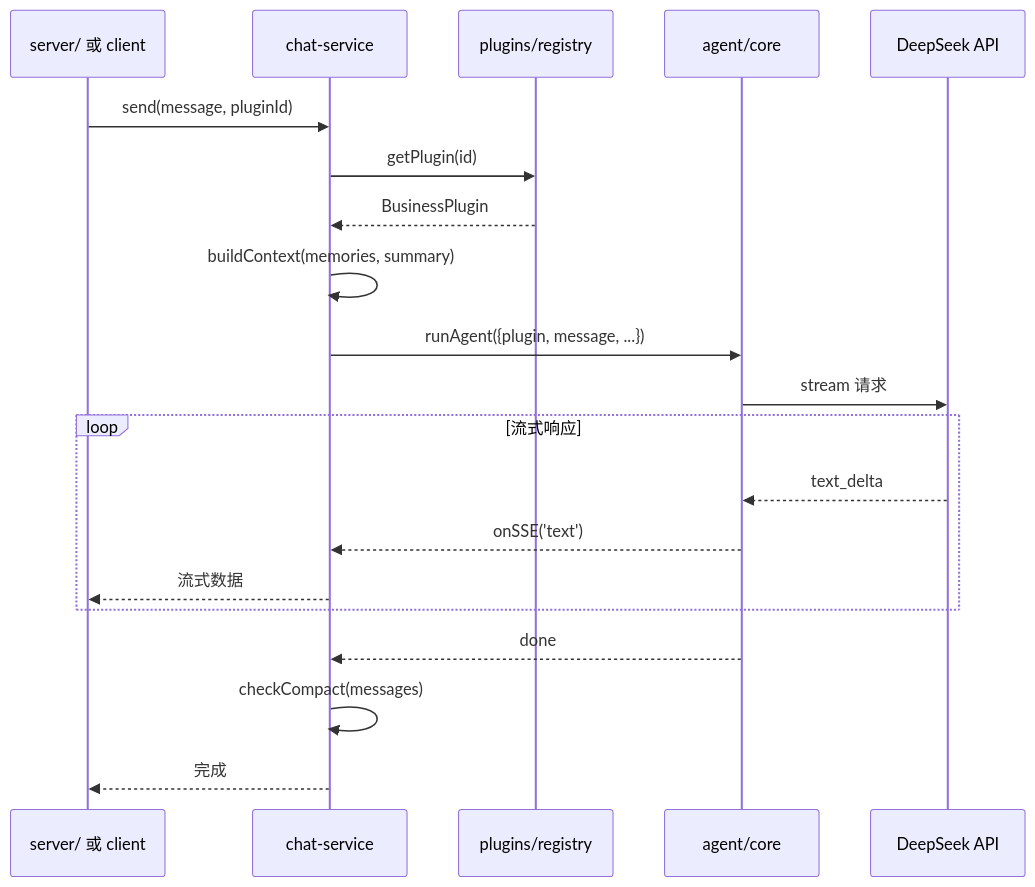
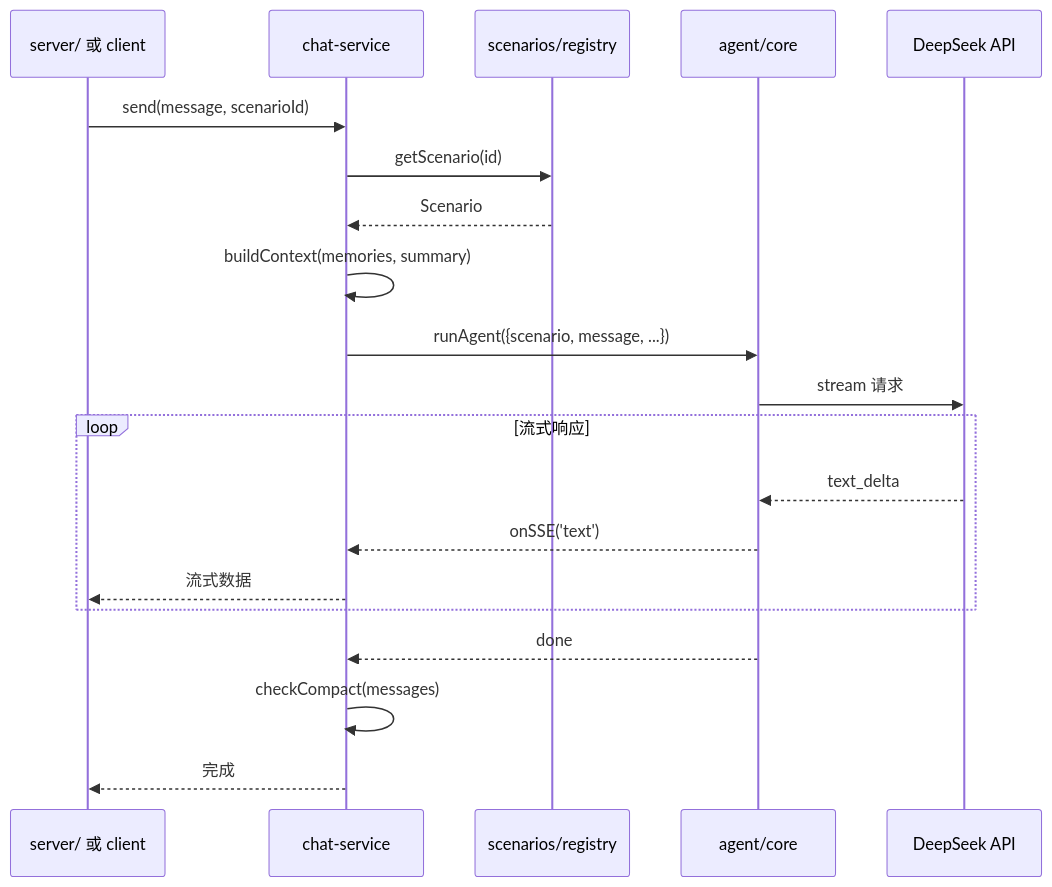
The third of 3 diagrams in src/services/CLAUDE.md (yjzaaa/leave-approval-agent), drawn with Mermaid before and after one commit. The commit also changed other lines of this file and 80 other files, not shown here.

First line of the commit message:
refactor: Plugin → Scenario 全局重命名，消除业务术语歧义

````diff
--- a/src/services/CLAUDE.md
+++ b/src/services/CLAUDE.md
@@ -118,25 +118,25 @@
 ```mermaid
 sequenceDiagram
     participant Caller as server/ 或 client
     participant ChatSvc as chat-service
-    participant PluginSvc as plugins/registry
+    participant PluginSvc as scenarios/registry
     participant Agent as agent/core
     participant DeepSeek as DeepSeek API
 
-    Caller->>ChatSvc: send(message, pluginId)
-    ChatSvc->>PluginSvc: getPlugin(id)
-    PluginSvc-->>ChatSvc: BusinessPlugin
+    Caller->>ChatSvc: send(message, scenarioId)
+    ChatSvc->>PluginSvc: getScenario(id)
+    PluginSvc-->>ChatSvc: Scenario
     ChatSvc->>ChatSvc: buildContext(memories, summary)
-    ChatSvc->>Agent: runAgent({plugin, message, ...})
+    ChatSvc->>Agent: runAgent({scenario, message, ...})
     Agent->>DeepSeek: stream 请求
 
     loop 流式响应
         DeepSeek-->>Agent: text_delta
         Agent-->>ChatSvc: onSSE('text')
         ChatSvc-->>Caller: 流式数据
     end
 
     Agent-->>ChatSvc: done
     ChatSvc->>ChatSvc: checkCompact(messages)
     ChatSvc-->>Caller: 完成
 ```
````
